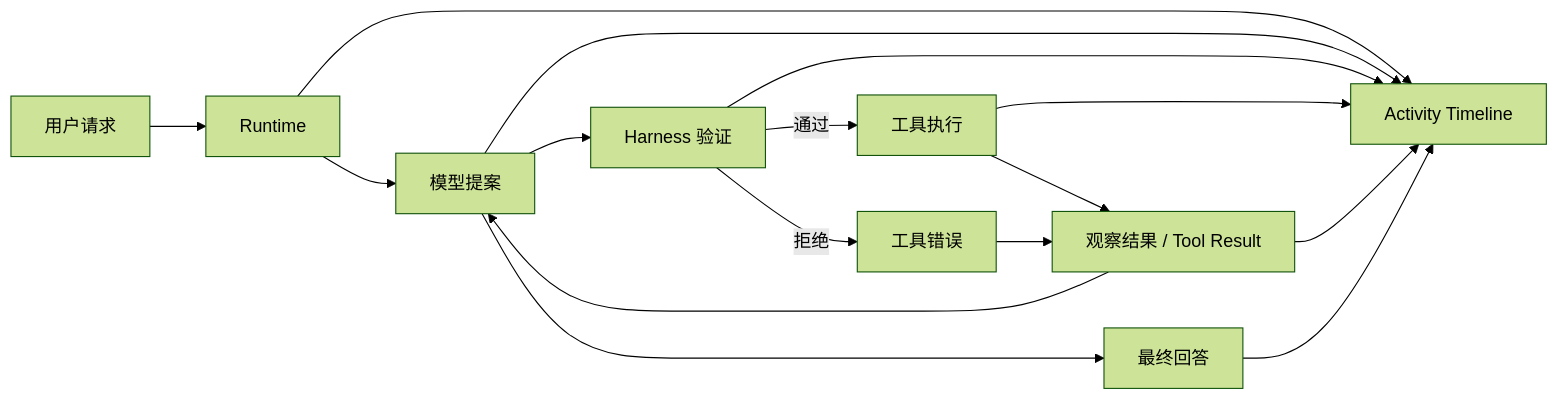
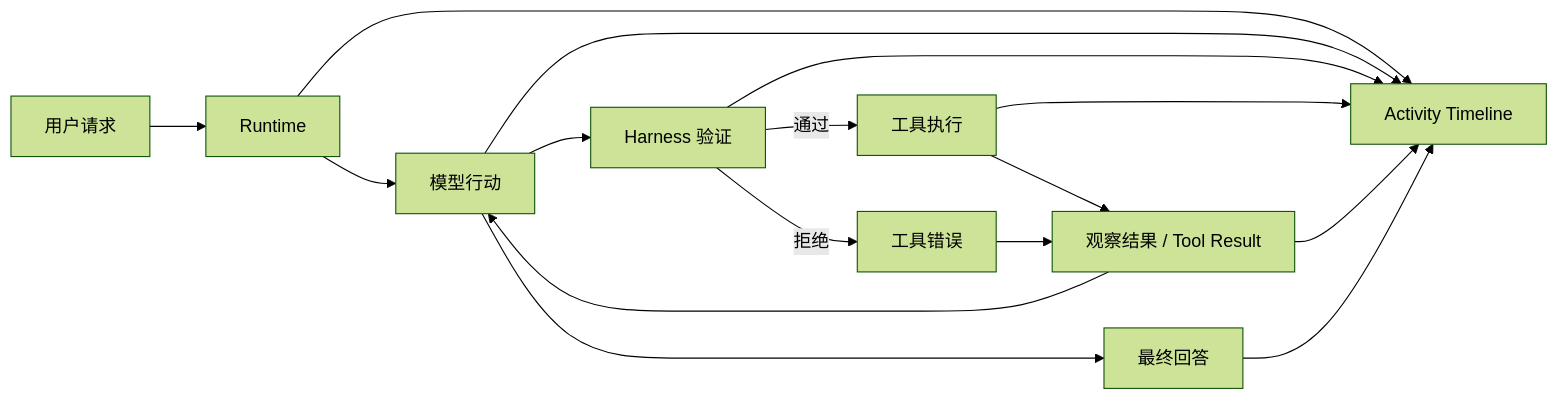
Before and after one commit to jonhncatt/Multi_Agent_Team: the diagram in README.md, drawn with Mermaid (forest theme). The commit also changed other lines of this file and 14 other files, not shown here.

````diff
--- a/README.md
+++ b/README.md
@@ -114,18 +114,18 @@
 ```mermaid
 flowchart LR
     U["用户请求"] --> R["Runtime"]
-    R --> M["模型提案"]
+    R --> M["模型行动"]
     M --> H["Harness 验证"]
     H -->|通过| T["工具执行"]
     H -->|拒绝| E["工具错误"]
     T --> O["观察结果 / Tool Result"]
     E --> O
     O --> M
     M --> A["最终回答"]
     R --> UI["Activity Timeline"]
     M --> UI
     H --> UI
     T --> UI
     O --> UI
     A --> UI
 ```
````
